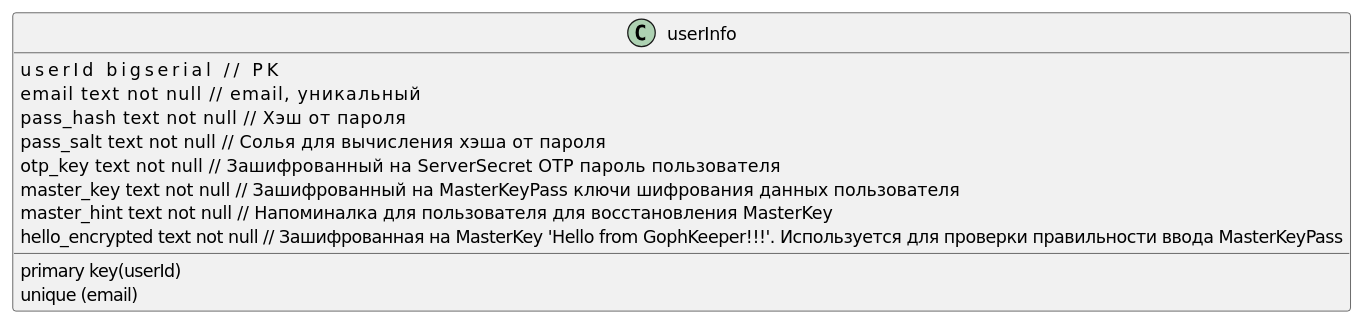
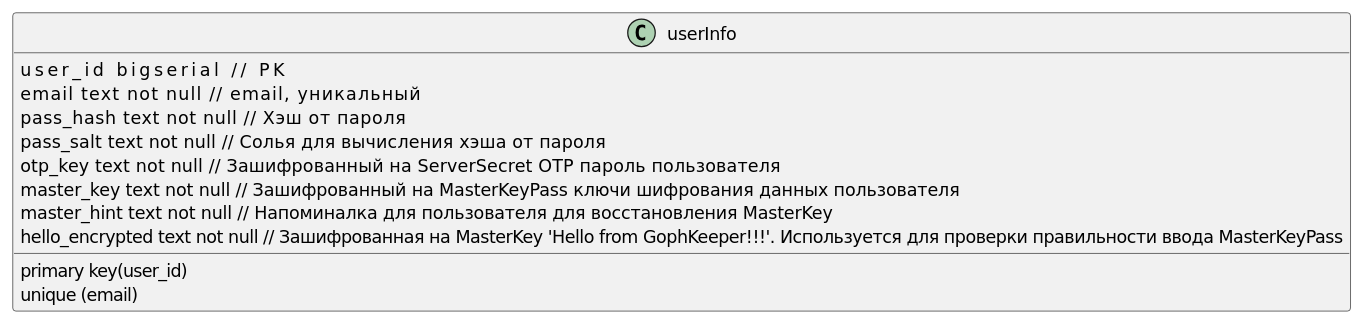
One commit to StasMerzlyakov/gophkeeper changed the diagram in adr/adr_003_statefull_structure.md. Above: the diagram before and after it, drawn with PlantUML. The commit also changed 2 other files, not shown here.

Commit message:
изменил название поля userId на user_id

````diff
--- a/adr/adr_003_statefull_structure.md
+++ b/adr/adr_003_statefull_structure.md
@@ -11,16 +11,16 @@
 ```plantuml
 @startuml
 class userInfo{
-    userId bigserial                   //  PK
+    user_id bigserial                   //  PK
 	email text not null                // email, уникальный
 	pass_hash text not null            // Хэш от пароля
 	pass_salt text not null            // Солья для вычисления хэша от пароля
 	otp_key text not null              // Зашифрованный на ServerSecret OTP пароль пользователя
 	master_key text not null           // Зашифрованный на MasterKeyPass ключи шифрования данных пользователя
 	master_hint text not null          // Напоминалка для пользователя для восстановления MasterKey
 	hello_encrypted text not null      // Зашифрованная на MasterKey 'Hello from GophKeeper!!!'. Используется для проверки правильности ввода MasterKeyPass
-	primary key(userId)
+	primary key(user_id)
     unique (email)
 }
 @enduml
 ```
````
